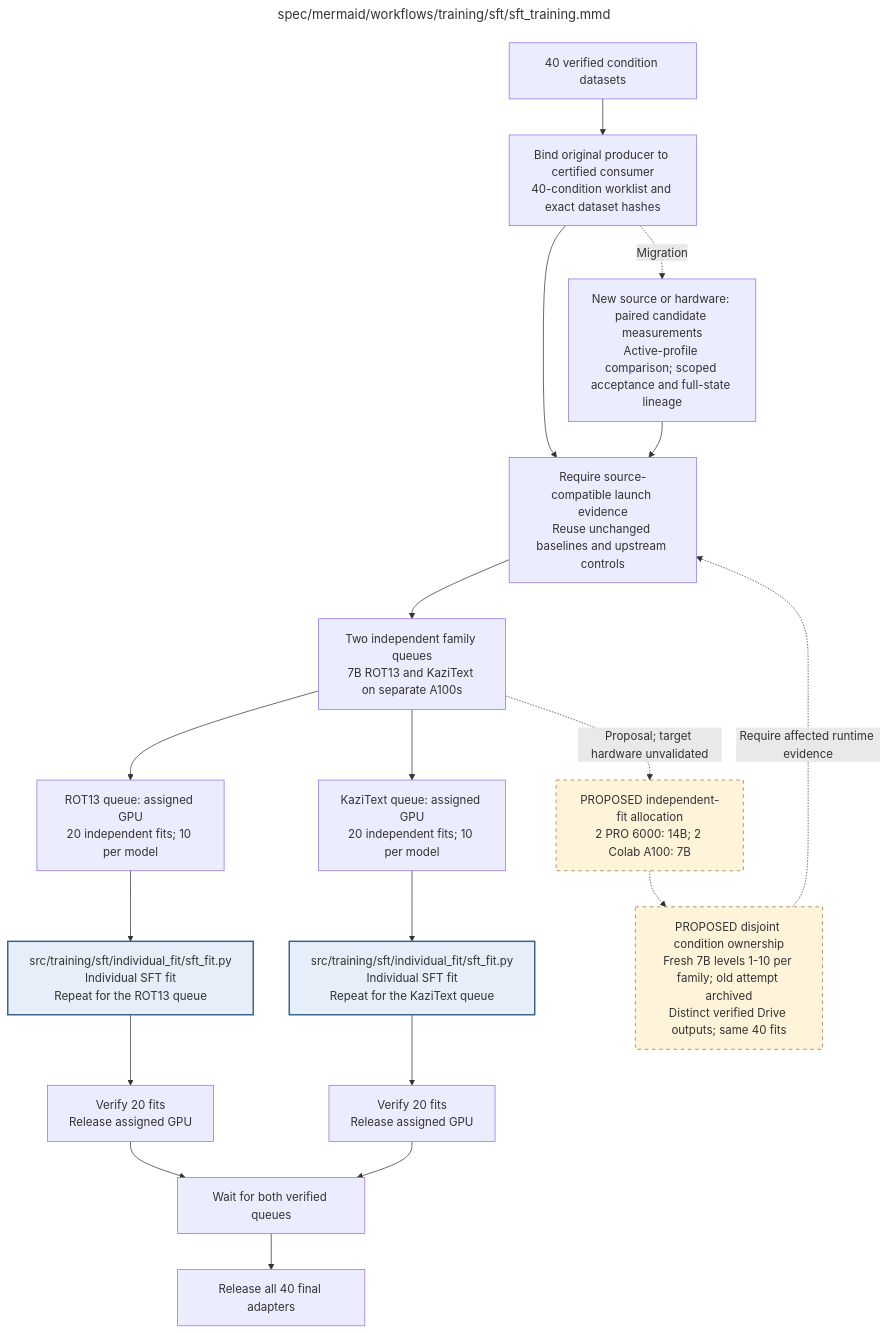
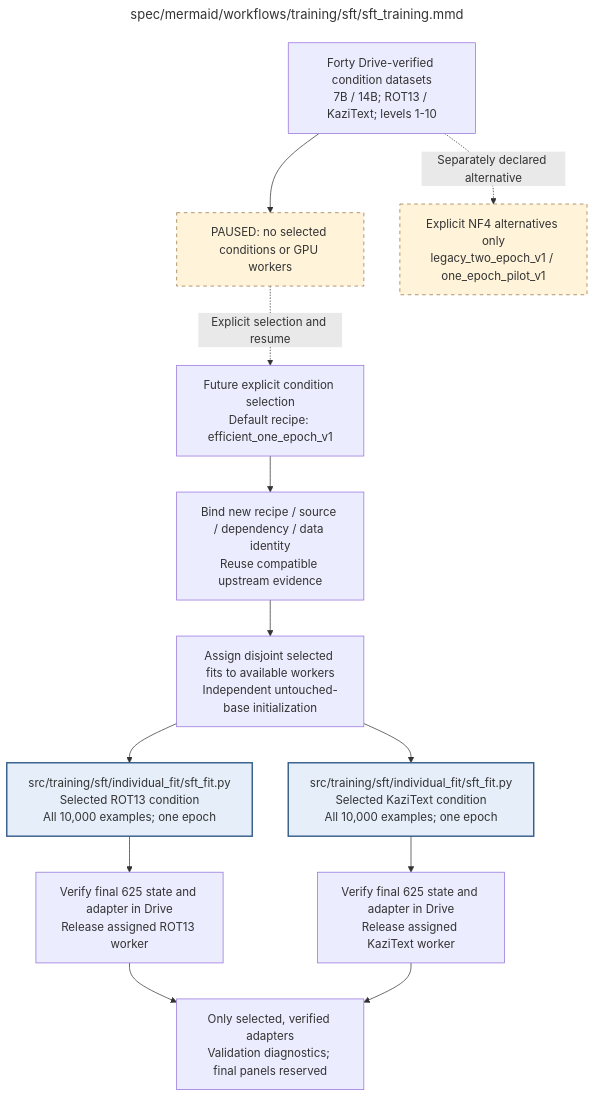
One commit to AJUNNYC/inducing_persistent_textual_chain_of_thought_illegibility changed the diagram in spec/mermaid/workflows/training/sft/sft_training.mmd. Above: the diagram before and after it, drawn with Mermaid. The commit also changed 30 other files, not shown here.

Commit message:
Integrate final SFT decisions into protocol PDF, diagrams and documentation

```diff
--- a/spec/mermaid/workflows/training/sft/sft_training.mmd
+++ b/spec/mermaid/workflows/training/sft/sft_training.mmd
@@ -1,68 +1,41 @@
 ---
 title: "spec/mermaid/workflows/training/sft/sft_training.mmd"
 ---
 flowchart TD
-%% SFT training schedule
-%% Edit quoted node labels directly; this is native Mermaid source.
-%% Source 05f42b0 recovery accepted no recomputation only for 7B ROT13 level 1 on RTX PRO 6000 Blackwell 96GB.
-%% CUDA input caching failed speed; other conditions retain the original execution defaults.
-%% CE defaults to spatial_ce; source 6d21fff flat/fused forward candidates failed numerical bounds.
-%% Source 218900d accepted stock spatial forward/tiled backward only for 7B ROT13 level 1 on Blackwell96GB.
-%% Historical source 218900d inherited step 401 with preserved parent checkpoints and verified Drive state.
-%% Source a6e3295 accepted spatial_scheduled_ce for the same selected condition; serial FP32 forward order retained.
-%% Two counterbalanced step-509 pairs passed bitwise state/RNG and additional 24.70-24.98% median time reduction.
-%% Historical a6e3295 lineage began at step 509 with preserved parent bytes.
-%% Final source 07f8a68 copy-removal trial passed bitwise state/RNG but failed speed; rejected.
-%% Historical resume: accepted a6e3295 from step 673 in the same lineage; no new migration.
-%% Historical PRO session paused at step 987/1250; checkpoint archived in Drive.
-%% Current: two A100 40GB baseline queues, 7B ROT13 and KaziText levels 1-10, fresh restart.
-%% Optimization rounds are closed; all scientific settings and 40 planned fits are retained.
-%% PROPOSED only: two PRO 6000 workers for 14B and two Colab A100 workers for remaining 7B fits.
-%% Native 7B baseline controls passed on both A100s; 14B remains unstarted.
-%% No user-imposed wall-clock deadline; whole checkpoints require Drive verification.
-%% Planning source: docs/sft_multi_gpu_execution_plan.md; forecasts are estimates, not benchmarks.
-%% Loss trials compare against active no recomputation; preserve latest full-state progress and RNG.
-%% Contract: ../../shared_procedures/recovery_procedure.mmd applies to execution failures.
-%% Each queue covers 7B and 14B at all 10 levels; fits are independent and start from untouched bases.
-%% Within each queue, select the next unfinished fit until all 20 are verified.
-%% Current certified launcher serializes selected model/levels on one GPU.
-%% Whole optimizer updates and full checkpoints must pass verified Drive barriers.
-%% Later adapter evaluation explicitly reuses the frozen vLLM measurement contract.
-%% Accepted execution evidence is scoped to one model/family/level; do not release the whole matrix from one screen.
-%% Migration inherits verified full-state progress and preserves parent checkpoint bytes.
-%% A failed fit stops that queue and yields a partial report; the other queue may finish valid work.
+%% Default efficient_one_epoch_v1 applies per explicitly selected fit.
+%% All forty conditions remain available; no model, family, level or GPU is selected.
+%% All training is PAUSED. No paid runtime allocation or benchmark campaign is implied.
+%% One epoch: all 10,000 examples once, 625 updates, cosine horizon 625, warmup 19.
+%% Declared baseline: BF16 base/head, exact full-gradient CCE, SDPA, plain AdamW.
+%% Completion-only per-example weighting, full 4096 targets, LoRA and effective batch remain fixed.
+%% Legacy NF4 one/two-epoch recipes retain separate source/configuration/state identities.
+%% Historical PRO/A100 partial checkpoints remain archives, never new-recipe warm starts.
+%% Native startup guards are not yet executed; 14B speed/memory remain unmeasured.
 %% Child: ROTFIT => individual_fit/sft_fit.mmd
 %% Child: KAZFIT => individual_fit/sft_fit.mmd
-    INPUT["40 verified condition datasets"]
-    CERT["Bind original producer to certified consumer<br/>40-condition worklist and exact dataset hashes"]
-    GATES["Require source-compatible launch evidence<br/>Reuse unchanged baselines and upstream controls"]
-    PLAN["Two independent family queues<br/>7B ROT13 and KaziText on separate A100s"]
-    ROT["ROT13 queue: assigned GPU<br/>20 independent fits; 10 per model"]
-    KAZ["KaziText queue: assigned GPU<br/>20 independent fits; 10 per model"]
-    ROTFIT["src/training/sft/individual_fit/sft_fit.py<br/>Individual SFT fit<br/>Repeat for the ROT13 queue"]
-    KAZFIT["src/training/sft/individual_fit/sft_fit.py<br/>Individual SFT fit<br/>Repeat for the KaziText queue"]
-    ROTDONE["Verify 20 fits<br/>Release assigned GPU"]
-    KAZDONE["Verify 20 fits<br/>Release assigned GPU"]
-    WAIT["Wait for both verified queues"]
-    OUT["Release all 40 final adapters"]
-    BENCH["New source or hardware: paired candidate measurements<br/>Active-profile comparison; scoped acceptance and full-state lineage"]
-    PROPOSED["PROPOSED independent-fit allocation<br/>2 PRO 6000: 14B; 2 Colab A100: 7B"]
-    OWNERS["PROPOSED disjoint condition ownership<br/>Fresh 7B levels 1-10 per family; old attempt archived<br/>Distinct verified Drive outputs; same 40 fits"]
-    PLAN -.->|Proposal; target hardware unvalidated| PROPOSED
-    PROPOSED -.-> OWNERS
-    OWNERS -.->|Require affected runtime evidence| GATES
-    INPUT --> CERT --> GATES --> PLAN
-    CERT -.->|Migration| BENCH --> GATES
-    PLAN --> ROT --> ROTFIT --> ROTDONE --> WAIT
-    PLAN --> KAZ --> KAZFIT --> KAZDONE --> WAIT
-    WAIT --> OUT
+    INPUT["Forty Drive-verified condition datasets<br/>7B / 14B; ROT13 / KaziText; levels 1-10"]
+    PAUSE["PAUSED: no selected conditions or GPU workers"]
+    SELECT["Future explicit condition selection<br/>Default recipe: efficient_one_epoch_v1"]
+    BIND["Bind new recipe / source / dependency / data identity<br/>Reuse compatible upstream evidence"]
+    PLAN["Assign disjoint selected fits to available workers<br/>Independent untouched-base initialization"]
+    ROTFIT["src/training/sft/individual_fit/sft_fit.py<br/>Selected ROT13 condition<br/>All 10,000 examples; one epoch"]
+    KAZFIT["src/training/sft/individual_fit/sft_fit.py<br/>Selected KaziText condition<br/>All 10,000 examples; one epoch"]
+    ROTDONE["Verify final 625 state and adapter in Drive<br/>Release assigned ROT13 worker"]
+    KAZDONE["Verify final 625 state and adapter in Drive<br/>Release assigned KaziText worker"]
+    OUT["Only selected, verified adapters<br/>Validation diagnostics; final panels reserved"]
+    LEGACY["Explicit NF4 alternatives only<br/>legacy_two_epoch_v1 / one_epoch_pilot_v1"]
+    INPUT --> PAUSE
+    PAUSE -.->|Explicit selection and resume| SELECT --> BIND --> PLAN
+    PLAN --> ROTFIT --> ROTDONE --> OUT
+    PLAN --> KAZFIT --> KAZDONE --> OUT
+    INPUT -.->|Separately declared alternative| LEGACY
     classDef detail fill:#e5eef9,stroke:#365f8a,stroke-width:2px
     class ROTFIT,KAZFIT detail
-    classDef proposal fill:#fff3d9,stroke:#95733f,stroke-dasharray:5 5
-    class PROPOSED,OWNERS proposal
+    classDef stop fill:#fff3d9,stroke:#95733f,stroke-dasharray:5 5
+    class PAUSE,LEGACY stop
 
 %% Repository module: src/training/sft/sft_training.py
 %% Module documentation: docs/modules/training/sft/sft_training.md
 %% Unit test: tests/unit/training/sft/test_sft_training.py
 %% Owner: sft
-%% Source sections: C.2; E.1.1–E.1.3; E.2.2,E.2.5
+%% Source sections: C.2; E.1.1-E.1.3; E.2.2,E.2.5; authorized efficient redesign
```
